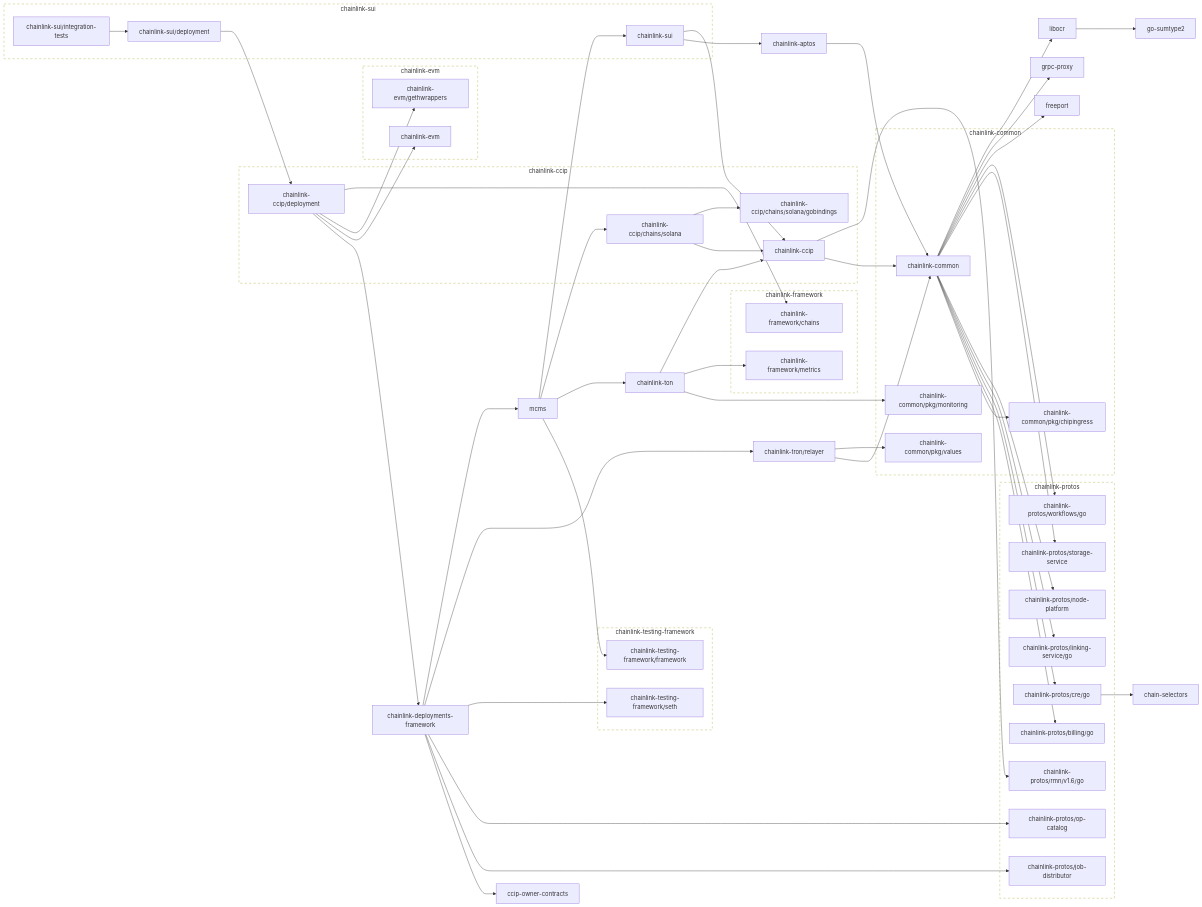
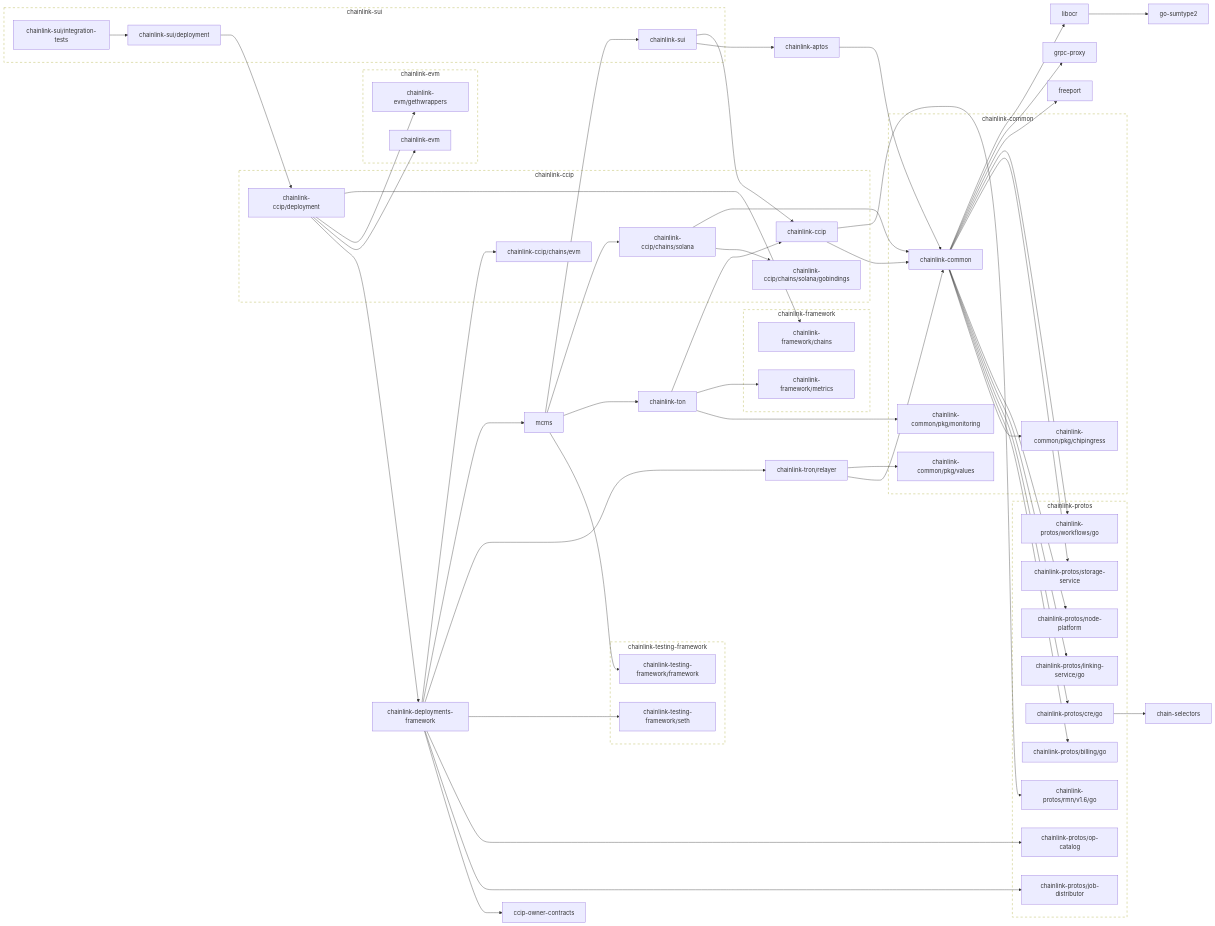
Before and after one commit to smartcontractkit/chainlink-sui: the second of 2 diagrams in go.md, drawn with Mermaid.

Commit message:
deps graph

```diff
--- a/go.md
+++ b/go.md
@@ -80,8 +80,10 @@
 	chainlink-ccip --> chainlink-common
 	chainlink-ccip --> chainlink-protos/rmn/v1.6/go
 	click chainlink-ccip href "https://github.com/smartcontractkit/chainlink-ccip"
-	chainlink-ccip/chains/solana --> chainlink-ccip
+	chainlink-ccip/chains/evm
+	click chainlink-ccip/chains/evm href "https://github.com/smartcontractkit/chainlink-ccip"
 	chainlink-ccip/chains/solana --> chainlink-ccip/chains/solana/gobindings
+	chainlink-ccip/chains/solana --> chainlink-common
 	click chainlink-ccip/chains/solana href "https://github.com/smartcontractkit/chainlink-ccip"
 	chainlink-ccip/chains/solana/gobindings
 	click chainlink-ccip/chains/solana/gobindings href "https://github.com/smartcontractkit/chainlink-ccip"
@@ -108,6 +110,7 @@
 	chainlink-common/pkg/values
 	click chainlink-common/pkg/values href "https://github.com/smartcontractkit/chainlink-common"
 	chainlink-deployments-framework --> ccip-owner-contracts
+	chainlink-deployments-framework --> chainlink-ccip/chains/evm
 	chainlink-deployments-framework --> chainlink-protos/job-distributor
 	chainlink-deployments-framework --> chainlink-protos/op-catalog
 	chainlink-deployments-framework --> chainlink-testing-framework/seth
@@ -174,6 +177,7 @@
 
 	subgraph chainlink-ccip-repo[chainlink-ccip]
 		 chainlink-ccip
+		 chainlink-ccip/chains/evm
 		 chainlink-ccip/chains/solana
 		 chainlink-ccip/chains/solana/gobindings
 		 chainlink-ccip/deployment
```
